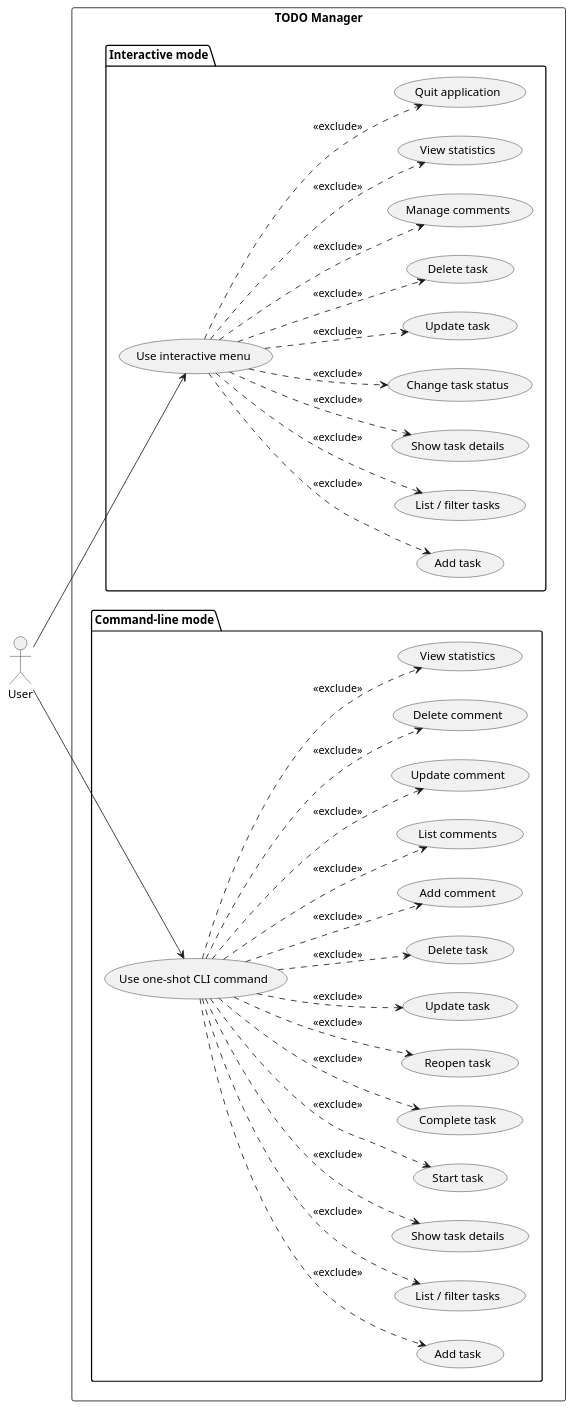
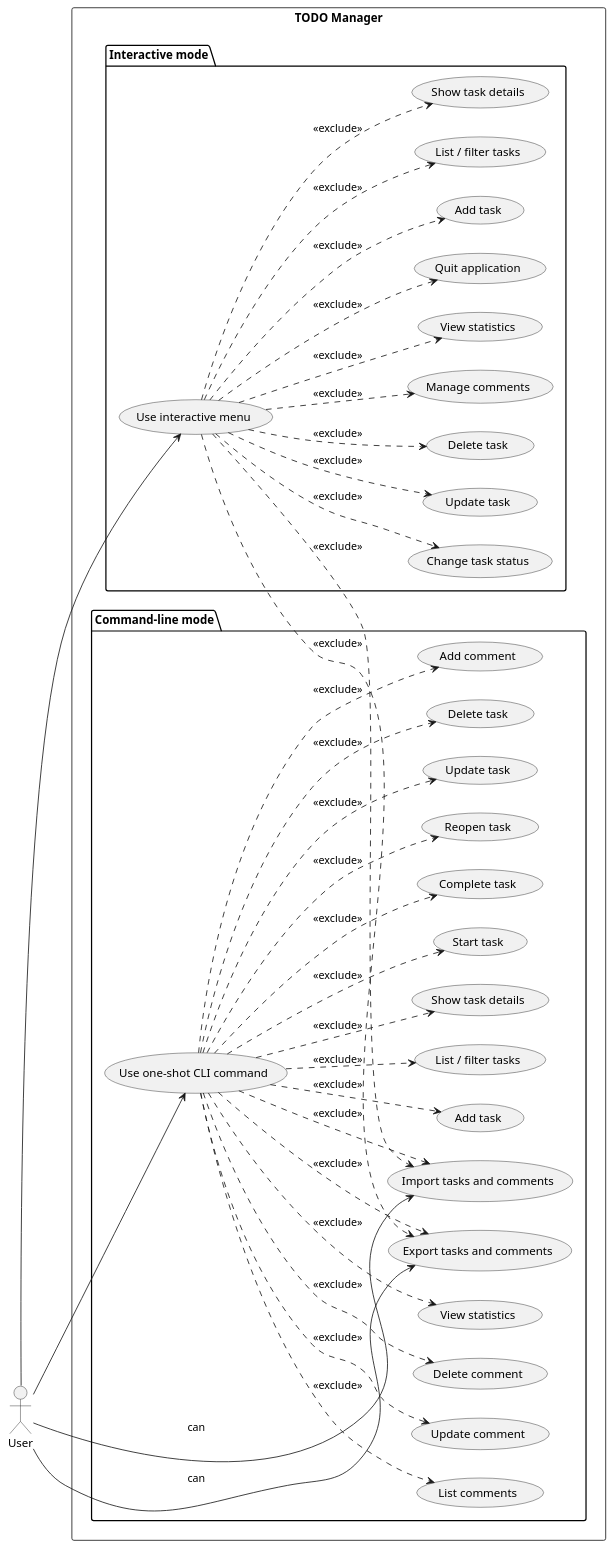
Before and after one commit to DanielRiha8906/Software_autoevolution_using_agents: the diagram in experiments/broadcast/structured_text/TODO/artifacts/use_case_diagram.puml, drawn with PlantUML. The commit also changed 9 other files, not shown here.

First line of the commit message:
task 07 | broadcast / structured_text / TODO: Add import/export of tasks and comments

```diff
--- a/experiments/broadcast/structured_text/TODO/artifacts/use_case_diagram.puml
+++ b/experiments/broadcast/structured_text/TODO/artifacts/use_case_diagram.puml
@@ -1,67 +1,77 @@
 @startuml use_case_diagram
 
 left to right direction
 
 actor User
 
 rectangle "TODO Manager" {
 
   package "Interactive mode" {
     usecase "Use interactive menu" as UI
     usecase "Add task" as I_ADD
     usecase "List / filter tasks" as I_LIST
     usecase "Show task details" as I_SHOW
     usecase "Change task status" as I_STATUS
     usecase "Update task" as I_UPDATE
     usecase "Delete task" as I_DELETE
     usecase "Manage comments" as I_COMMENTS
     usecase "View statistics" as I_STATS
     usecase "Quit application" as I_QUIT
   }
 
   package "Command-line mode" {
     usecase "Use one-shot CLI command" as CLI
     usecase "Add task" as C_ADD
     usecase "List / filter tasks" as C_LIST
     usecase "Show task details" as C_SHOW
     usecase "Start task" as C_START
     usecase "Complete task" as C_DONE
     usecase "Reopen task" as C_REOPEN
     usecase "Update task" as C_UPDATE
     usecase "Delete task" as C_DELETE
     usecase "Add comment" as C_ADD_COMMENT
     usecase "List comments" as C_LIST_COMMENTS
     usecase "Update comment" as C_UPDATE_COMMENT
     usecase "Delete comment" as C_DELETE_COMMENT
     usecase "View statistics" as C_STATS
+    usecase "Export tasks and comments" as C_EXPORT
+    usecase "Import tasks and comments" as C_IMPORT
   }
 }
 
 User --> UI
 User --> CLI
 
 UI ..> I_ADD    : <<exclude>>
 UI ..> I_LIST   : <<exclude>>
 UI ..> I_SHOW   : <<exclude>>
 UI ..> I_STATUS : <<exclude>>
 UI ..> I_UPDATE : <<exclude>>
 UI ..> I_DELETE : <<exclude>>
 UI ..> I_COMMENTS : <<exclude>>
 UI ..> I_STATS  : <<exclude>>
 UI ..> I_QUIT   : <<exclude>>
 
 CLI ..> C_ADD    : <<exclude>>
 CLI ..> C_LIST   : <<exclude>>
 CLI ..> C_SHOW   : <<exclude>>
 CLI ..> C_START  : <<exclude>>
 CLI ..> C_DONE   : <<exclude>>
 CLI ..> C_REOPEN : <<exclude>>
 CLI ..> C_UPDATE : <<exclude>>
 CLI ..> C_DELETE : <<exclude>>
 CLI ..> C_ADD_COMMENT : <<exclude>>
 CLI ..> C_LIST_COMMENTS : <<exclude>>
 CLI ..> C_UPDATE_COMMENT : <<exclude>>
 CLI ..> C_DELETE_COMMENT : <<exclude>>
 CLI ..> C_STATS : <<exclude>>
+CLI ..> C_EXPORT : <<exclude>>
+CLI ..> C_IMPORT : <<exclude>>
+
+UI ..> C_EXPORT : <<exclude>>
+UI ..> C_IMPORT : <<exclude>>
+
+User --> C_EXPORT : can
+User --> C_IMPORT : can
 
 @enduml
```
